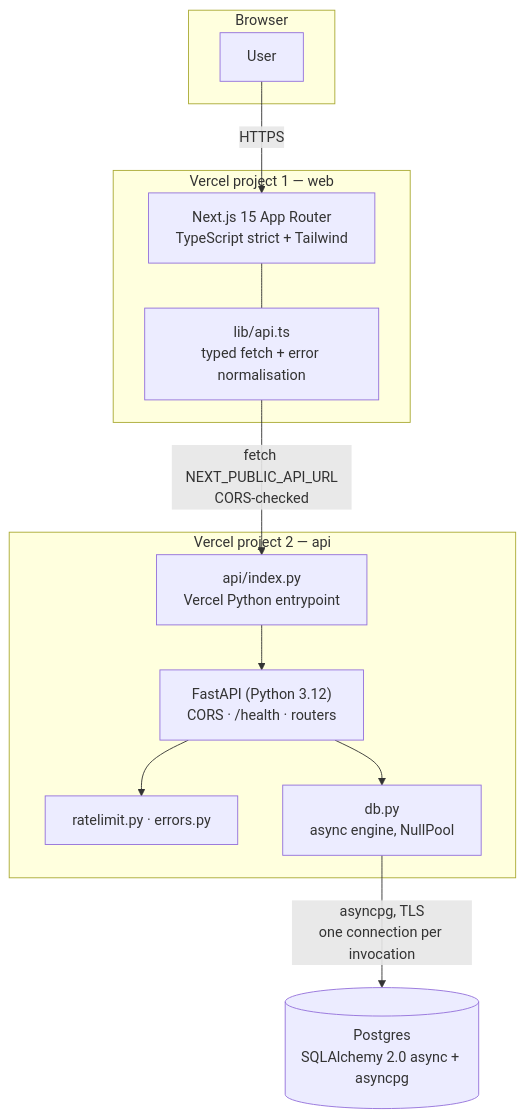
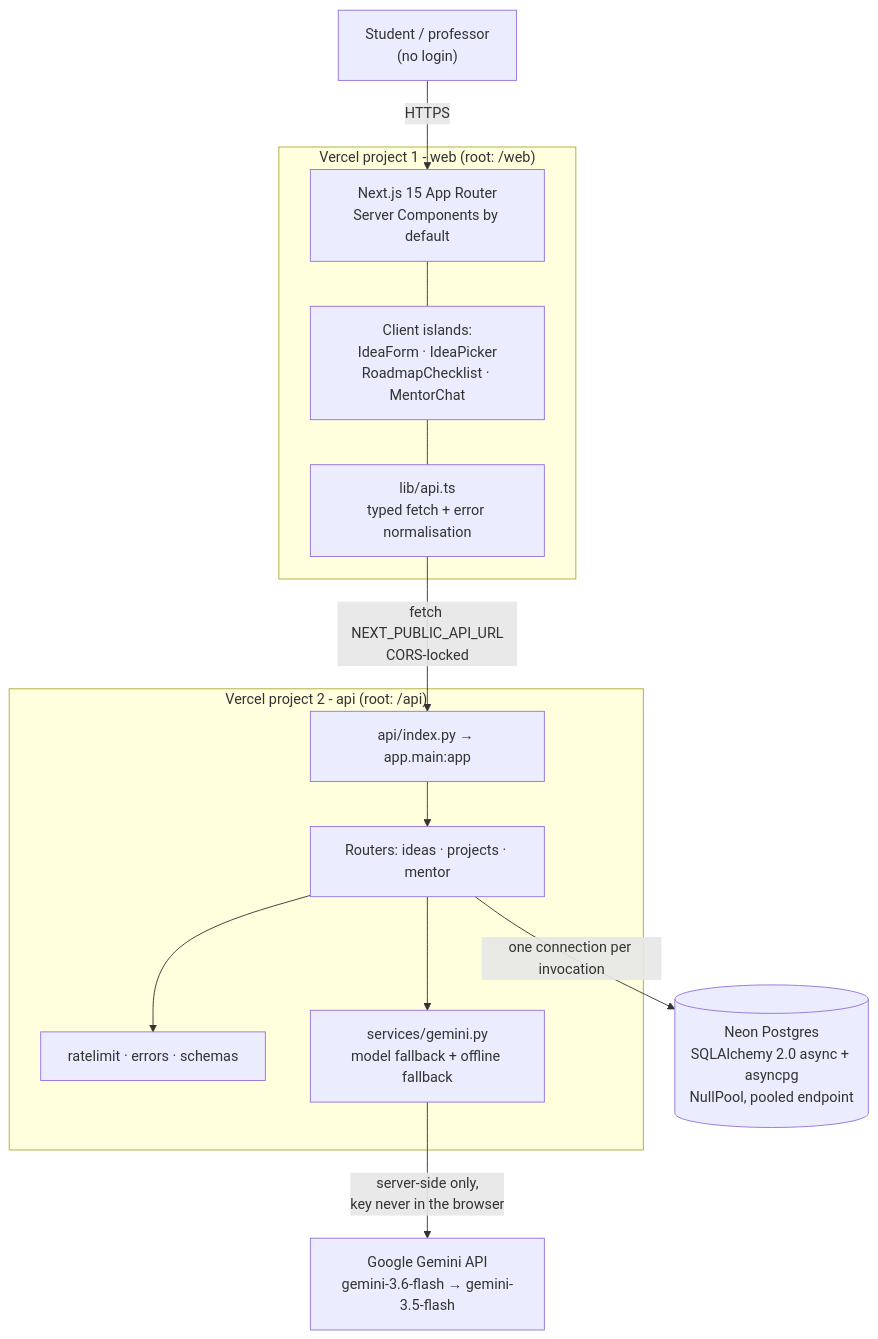
One commit to aryan-nmaurya/promptwars-2026 changed the diagram in README.md. Above: the diagram before and after it, drawn with Mermaid. The commit also changed other lines of this file and 2 other files, not shown here.

````diff
--- a/README.md
+++ b/README.md
@@ -25,27 +57,28 @@
 ```mermaid
 flowchart TD
-    subgraph Browser
-        U["User"]
+    U["Student / professor<br/>(no login)"]
+
+    subgraph WEB["Vercel project 1 - web (root: /web)"]
+        L["Next.js 15 App Router<br/>Server Components by default"]
+        C["Client islands:<br/>IdeaForm · IdeaPicker<br/>RoadmapChecklist · MentorChat"]
+        A["lib/api.ts<br/>typed fetch + error normalisation"]
+        L --- C --- A
     end
 
-    subgraph V1["Vercel project 1 — web"]
-        N["Next.js 15 App Router<br/>TypeScript strict + Tailwind"]
-        L["lib/api.ts<br/>typed fetch + error normalisation"]
-        N --- L
+    subgraph API["Vercel project 2 - api (root: /api)"]
+        E["api/index.py → app.main:app"]
+        R["Routers: ideas · projects · mentor"]
+        M["ratelimit · errors · schemas"]
+        S["services/gemini.py<br/>model fallback + offline fallback"]
+        E --> R --> M
+        R --> S
     end
 
-    subgraph V2["Vercel project 2 — api"]
-        E["api/index.py<br/>Vercel Python entrypoint"]
-        F["FastAPI (Python 3.12)<br/>CORS · /health · routers"]
-        R["ratelimit.py · errors.py"]
-        D["db.py<br/>async engine, NullPool"]
-        E --> F --> R
-        F --> D
-    end
+    G["Google Gemini API<br/>gemini-3.6-flash → gemini-3.5-flash"]
+    P[("Neon Postgres<br/>SQLAlchemy 2.0 async + asyncpg<br/>NullPool, pooled endpoint")]
 
-    P[("Postgres<br/>SQLAlchemy 2.0 async + asyncpg")]
-
-    U -->|"HTTPS"| N
-    L -->|"fetch NEXT_PUBLIC_API_URL<br/>CORS-checked"| E
-    D -->|"asyncpg, TLS<br/>one connection per invocation"| P
+    U -->|HTTPS| L
+    A -->|"fetch NEXT_PUBLIC_API_URL<br/>CORS-locked"| E
+    S -->|"server-side only,<br/>key never in the browser"| G
+    R -->|"one connection per invocation"| P
 ```
````
